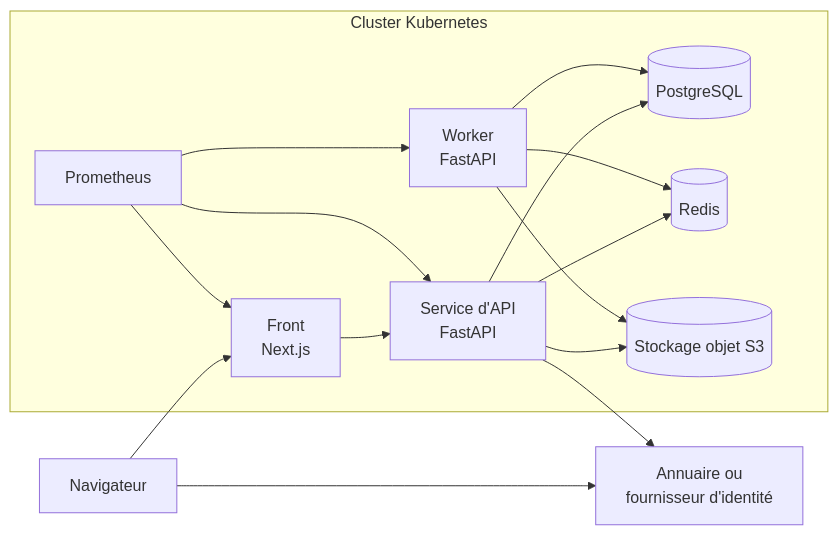
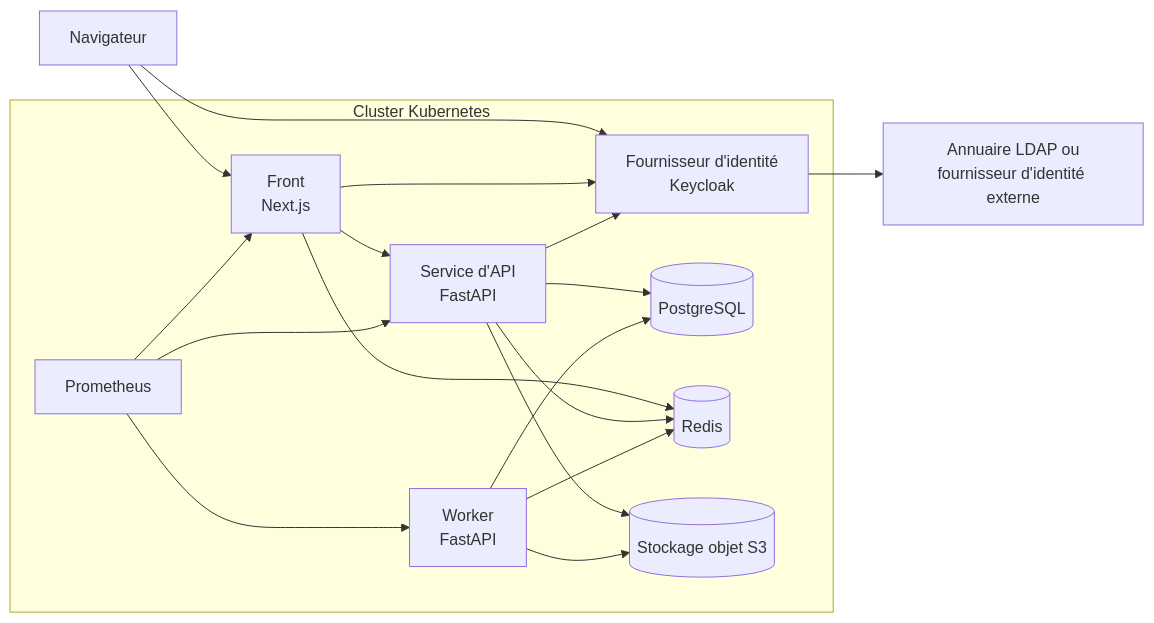
One commit to waterfall-project/wf-project changed the diagram in docs/spec/figures/deploiement.mmd. Above: the diagram before and after it, drawn with Mermaid. The commit also changed 14 other files, not shown here.

```diff
--- a/docs/spec/figures/deploiement.mmd
+++ b/docs/spec/figures/deploiement.mmd
@@ -1,25 +1,29 @@
 flowchart LR
     Navigateur["Navigateur"]
     subgraph Cluster["Cluster Kubernetes"]
         Front["Front<br>Next.js"]
         API["Service d'API<br>FastAPI"]
         Worker["Worker<br>FastAPI"]
+        IdP["Fournisseur d'identité<br>Keycloak"]
         PG[("PostgreSQL")]
         Redis[("Redis")]
         S3[("Stockage objet S3")]
         Prometheus["Prometheus"]
     end
-    Annuaire["Annuaire ou<br>fournisseur d'identité"]
+    Annuaire["Annuaire LDAP ou<br>fournisseur d'identité externe"]
     Navigateur --> Front
-    Navigateur --> Annuaire
+    Navigateur --> IdP
     Front --> API
+    Front --> IdP
+    Front --> Redis
+    API --> IdP
     API --> PG
     API --> Redis
     API --> S3
-    API --> Annuaire
     Worker --> PG
     Worker --> Redis
     Worker --> S3
+    IdP --> Annuaire
     Prometheus --> API
     Prometheus --> Worker
     Prometheus --> Front
```
